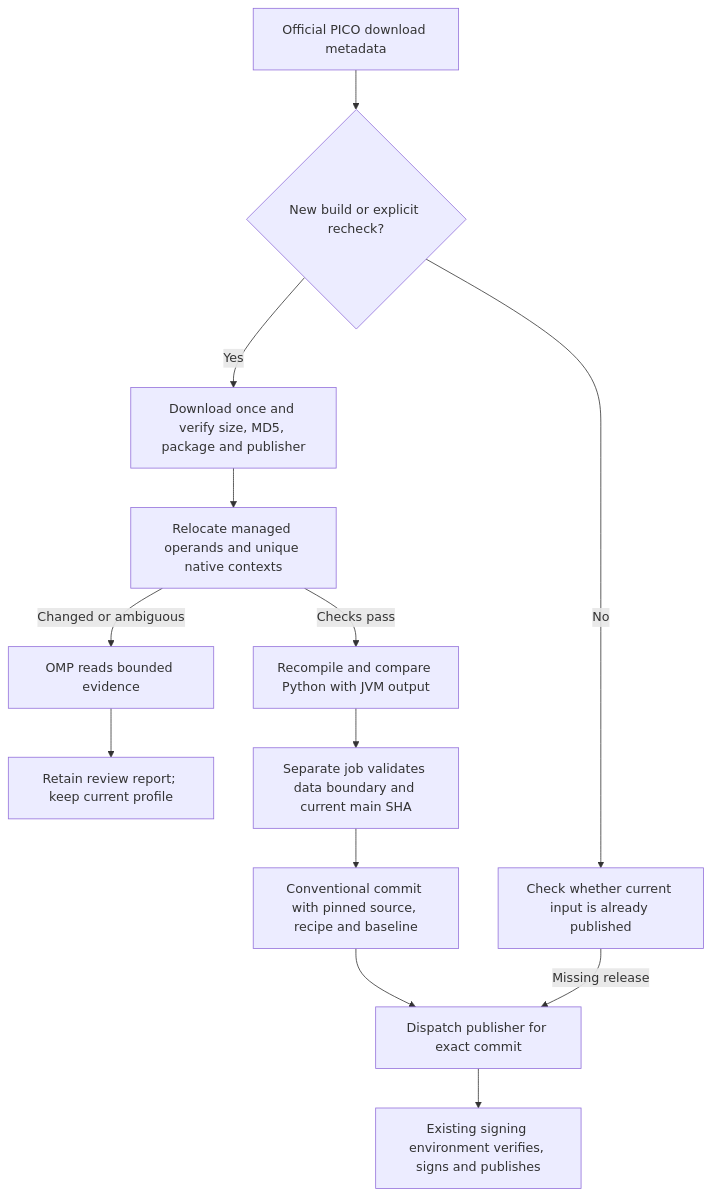
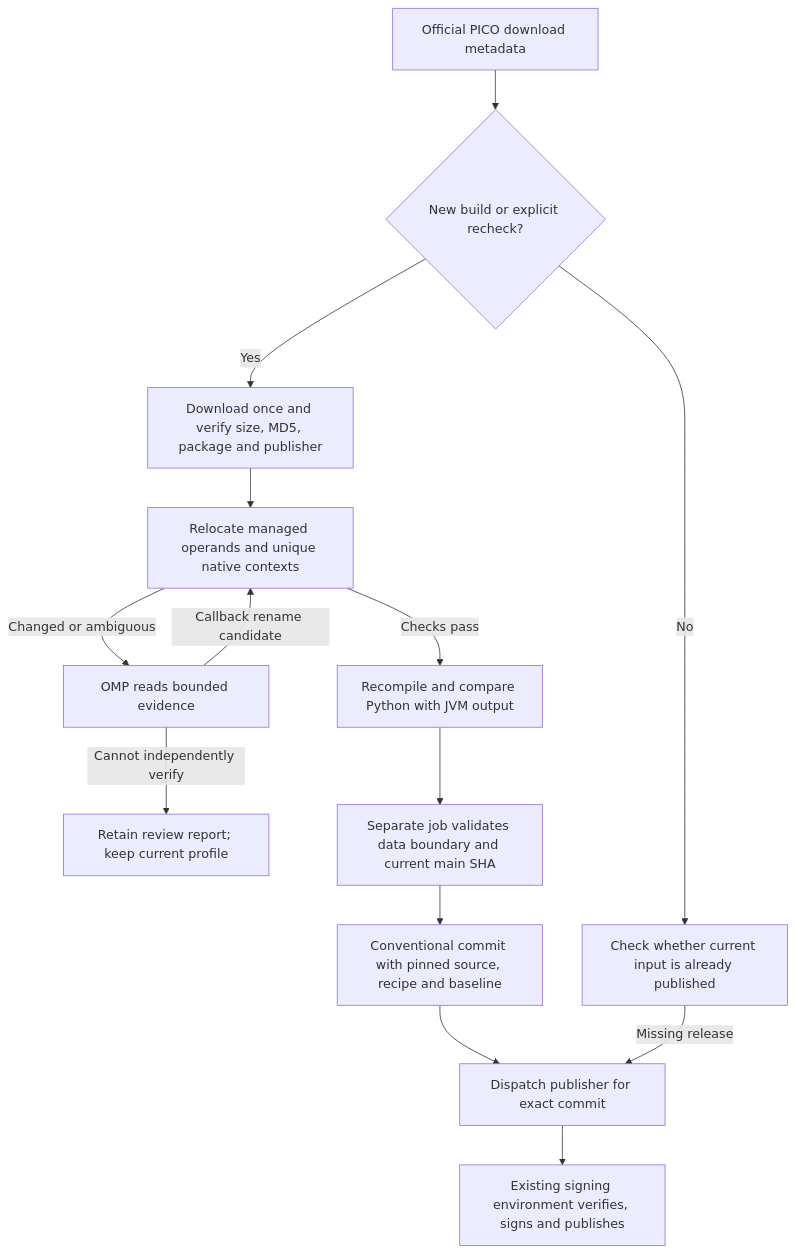
The diagram in docs/maintenance/vd-continuous-adaptation.md (nkanf-dev/pico-matrix-bridge), drawn with Mermaid before and after one commit. The commit also changed other lines of this file and 10 other files, not shown here.

Commit message:
feat(ci): verify agent-proposed identity callback relocations

````diff
--- a/docs/maintenance/vd-continuous-adaptation.md
+++ b/docs/maintenance/vd-continuous-adaptation.md
@@ -7,15 +7,16 @@
 ```mermaid
 flowchart TD
   A[Official PICO download metadata] --> B{New build or explicit recheck?}
   B -- No --> C[Check whether current input is already published]
   B -- Yes --> D[Download once and verify size, MD5, package and publisher]
   D --> E[Relocate managed operands and unique native contexts]
   E -- Checks pass --> F[Recompile and compare Python with JVM output]
   E -- Changed or ambiguous --> G[OMP reads bounded evidence]
-  G --> H[Retain review report; keep current profile]
+  G -- Callback rename candidate --> E
+  G -- Cannot independently verify --> H[Retain review report; keep current profile]
   F --> I[Separate job validates data boundary and current main SHA]
   I --> J[Conventional commit with pinned source, recipe and baseline]
   J --> K[Dispatch publisher for exact commit]
   C -- Missing release --> K
   K --> L[Existing signing environment verifies, signs and publishes]
 ```
````
